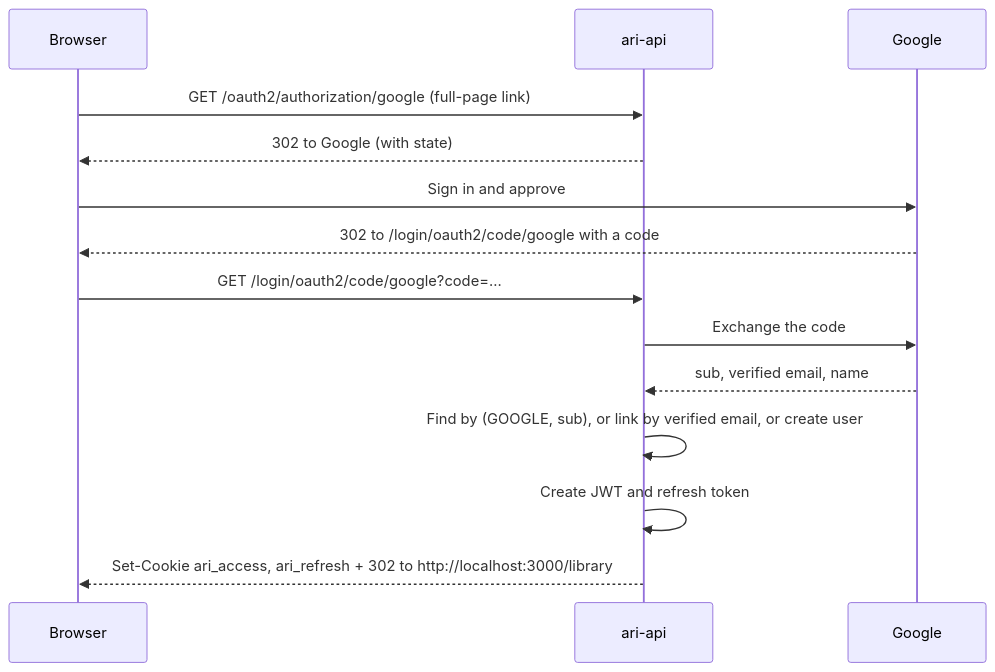
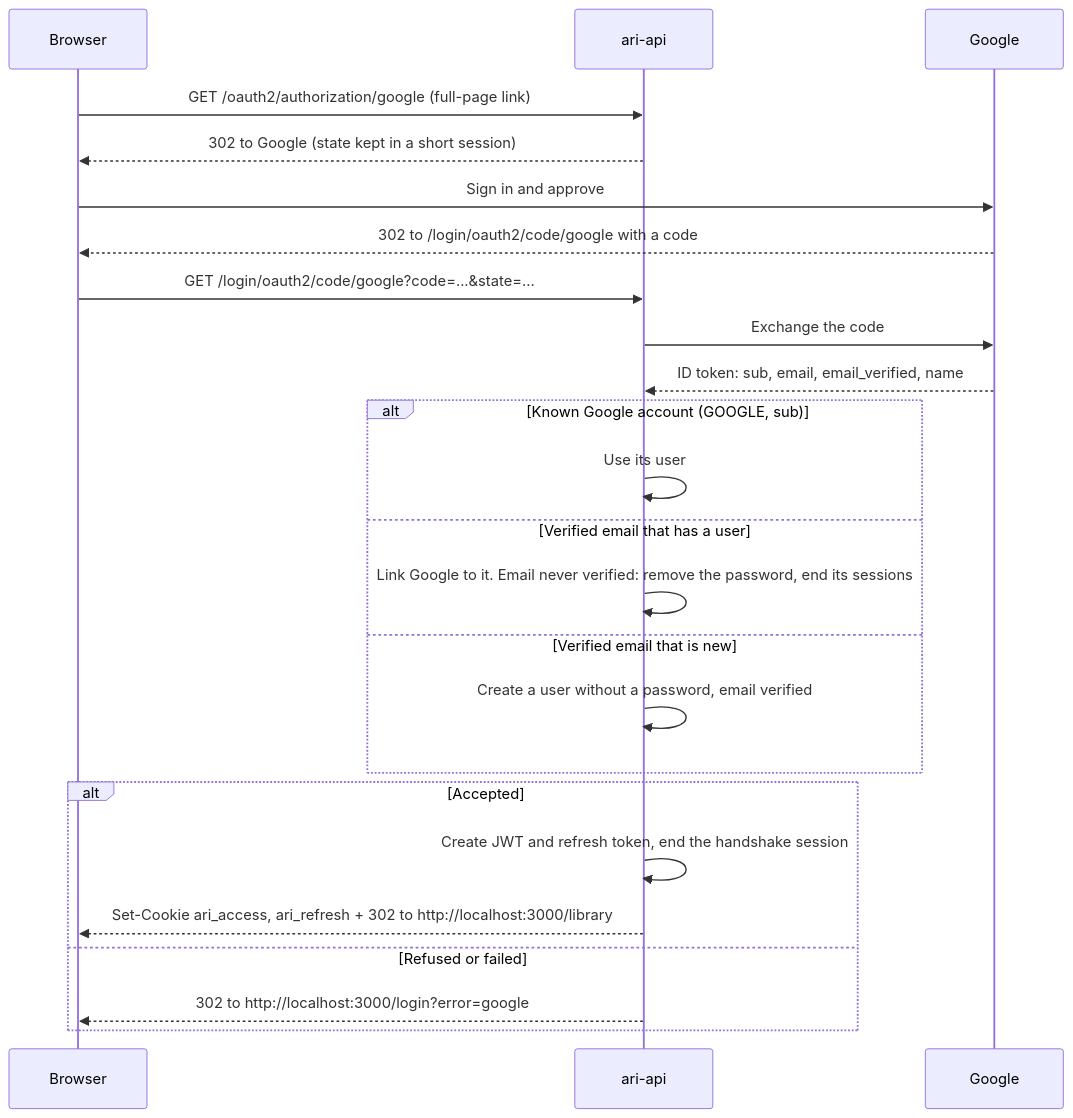
The third of 8 diagrams in docs/sequences.md (salimsalimzade/ari-api), drawn with Mermaid before and after one commit. The commit also changed other lines of this file and 74 other files, not shown here.

````diff
--- a/docs/sequences.md
+++ b/docs/sequences.md
@@ -69,16 +68,26 @@
 ```mermaid
 sequenceDiagram
   participant B as Browser
   participant A as ari-api
   participant G as Google
   B->>A: GET /oauth2/authorization/google (full-page link)
-  A-->>B: 302 to Google (with state)
+  A-->>B: 302 to Google (state kept in a short session)
   B->>G: Sign in and approve
   G-->>B: 302 to /login/oauth2/code/google with a code
-  B->>A: GET /login/oauth2/code/google?code=...
+  B->>A: GET /login/oauth2/code/google?code=...&state=...
   A->>G: Exchange the code
-  G-->>A: sub, verified email, name
-  A->>A: Find by (GOOGLE, sub), or link by verified email, or create user
-  A->>A: Create JWT and refresh token
-  A-->>B: Set-Cookie ari_access, ari_refresh + 302 to http://localhost:3000/library
+  G-->>A: ID token: sub, email, email_verified, name
+  alt Known Google account (GOOGLE, sub)
+    A->>A: Use its user
+  else Verified email that has a user
+    A->>A: Link Google to it. Email never verified: remove the password, end its sessions
+  else Verified email that is new
+    A->>A: Create a user without a password, email verified
+  end
+  alt Accepted
+    A->>A: Create JWT and refresh token, end the handshake session
+    A-->>B: Set-Cookie ari_access, ari_refresh + 302 to http://localhost:3000/library
+  else Refused or failed
+    A-->>B: 302 to http://localhost:3000/login?error=google
+  end
 ```
````
